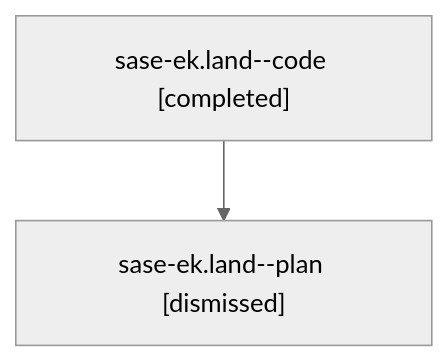
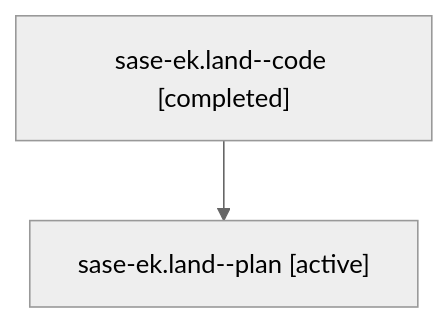
Before and after one commit to sase-org/sase--agents: the diagram in families/bbugyi200.athena.sase-ek.land.md, drawn with Mermaid (neutral theme). The commit also changed other lines of this file and 4556 other files, not shown here.

````diff
--- a/families/bbugyi200.athena.sase-ek.land.md
+++ b/families/bbugyi200.athena.sase-ek.land.md
@@ -9,6 +9,6 @@
 ```mermaid
 flowchart TD
   n0["sase-ek.land--code [completed]"]
-  n1["sase-ek.land--plan [dismissed]"]
+  n1["sase-ek.land--plan [active]"]
   n0 --> n1
 ```
````
